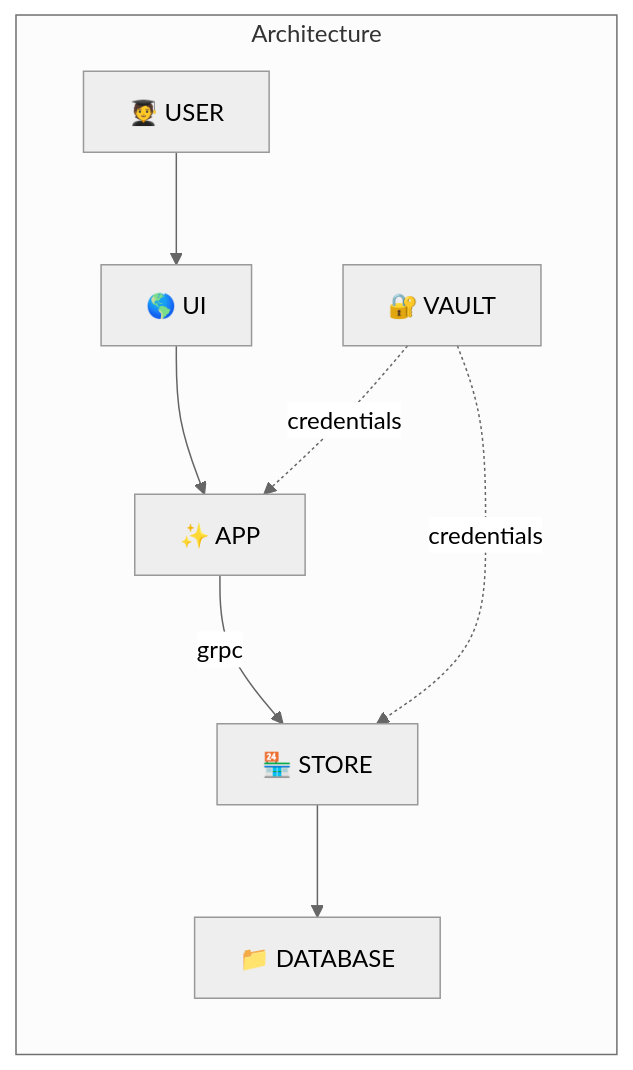
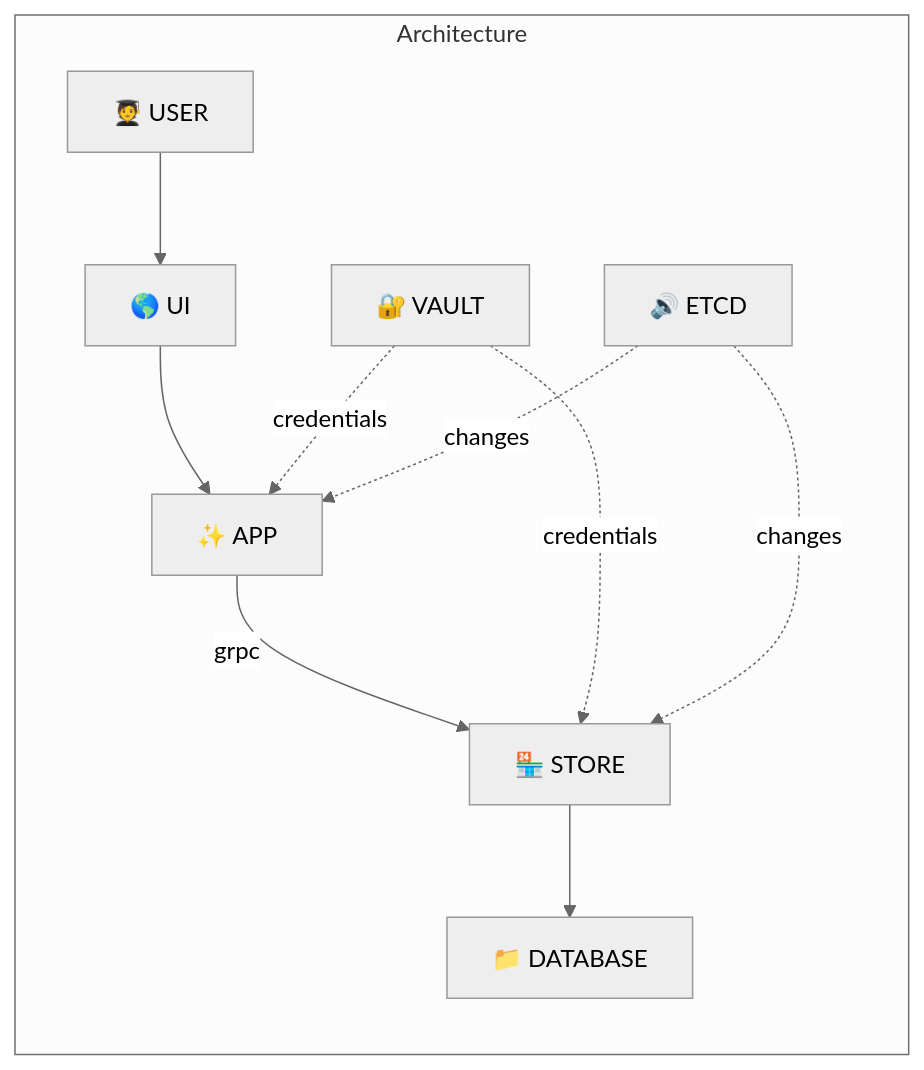
Before and after one commit to andytruong/tammy: the diagram in README.md, drawn with Mermaid (neutral theme). The commit also changed other lines of this file, not shown here.

````diff
--- a/README.md
+++ b/README.md
@@ -4,20 +4,23 @@
 ```mermaid
 graph LR
 
 vault["🔐 VAULT"]
 ui["🌎 UI"]
 app["✨ APP"] 
 store["🏪 STORE"] 
 db["📁 DATABASE"]
+etcd["🔊 ETCD"]
 
 subgraph Architecture
   user["🧑‍🎓 USER"] 
     --> ui
     --> app
     -- "grpc" --> store
     --> db
 
 	vault -. "credentials" .-> app
   vault -. "credentials" .-> store
+  etcd -. "changes" .-> app
+  etcd -. "changes" .-> store
 end
 ```
````
